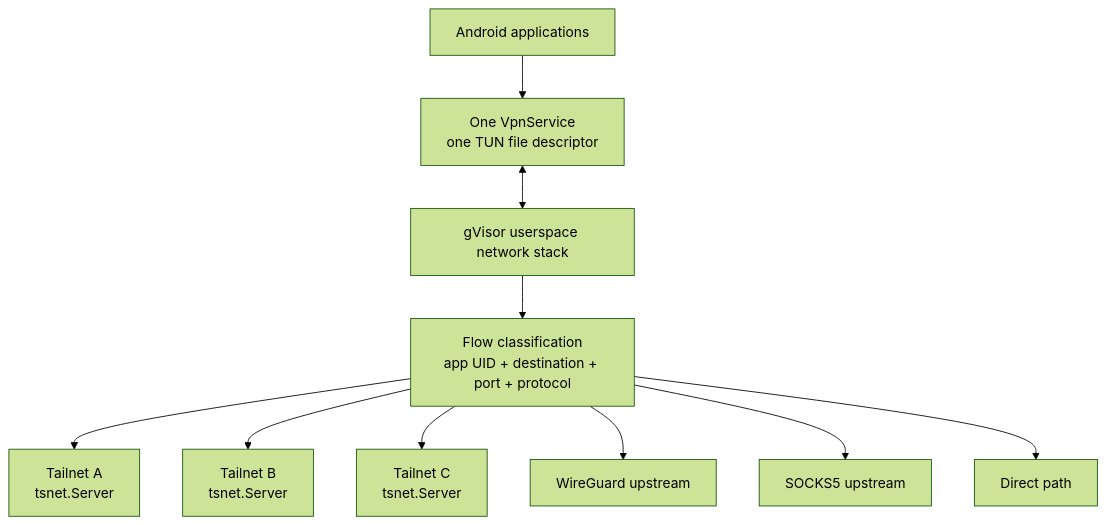
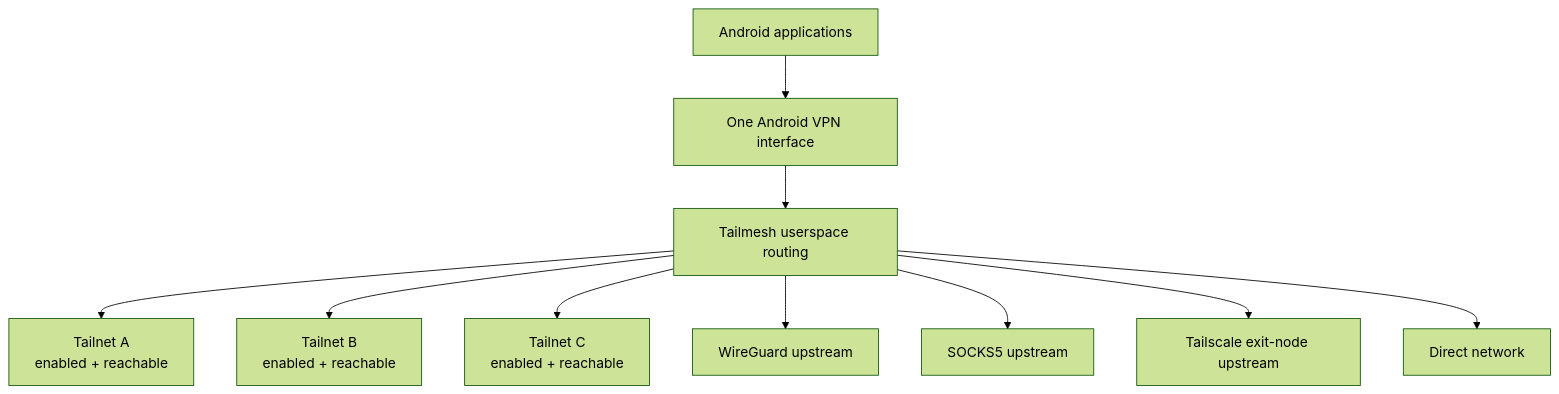
Before and after one commit to franticplant/tailmesh-android: the first of 4 diagrams in README.md, drawn with Mermaid (forest theme). The commit also changed other lines of this file, not shown here.

Commit message:
README: lead with multi-Tailnet behavior and per-app routing

````diff
--- a/README.md
+++ b/README.md
@@ -9,22 +9,27 @@
 ```mermaid
 flowchart TB
     APPS["Android applications"]
+    VPN["One Android VPN interface"]
+    ROUTER["Tailmesh userspace routing"]
 
-    FD["One VpnService<br/>one TUN file descriptor"]
+    TA["Tailnet A<br/>enabled + reachable"]
+    TB["Tailnet B<br/>enabled + reachable"]
+    TC["Tailnet C<br/>enabled + reachable"]
 
-    STACK["gVisor userspace network stack"]
+    WG["WireGuard upstream"]
+    SOCKS["SOCKS5 upstream"]
+    EXIT["Tailscale exit-node upstream"]
+    DIRECT["Direct network"]
 
-    FLOW["Flow classification<br/>app UID + destination + port + protocol"]
+    APPS --> VPN
+    VPN --> ROUTER
 
-    APPS --> FD
-    FD <--> STACK
-    STACK --> FLOW
+    ROUTER --> TA
+    ROUTER --> TB
+    ROUTER --> TC
 
-    FLOW --> TA["Tailnet A<br/>tsnet.Server"]
-    FLOW --> TB["Tailnet B<br/>tsnet.Server"]
-    FLOW --> TC["Tailnet C<br/>tsnet.Server"]
-
-    FLOW --> WG["WireGuard upstream"]
-    FLOW --> SOCKS["SOCKS5 upstream"]
-    FLOW --> DIRECT["Direct path"]
+    ROUTER --> WG
+    ROUTER --> SOCKS
+    ROUTER --> EXIT
+    ROUTER --> DIRECT
 ```
````
